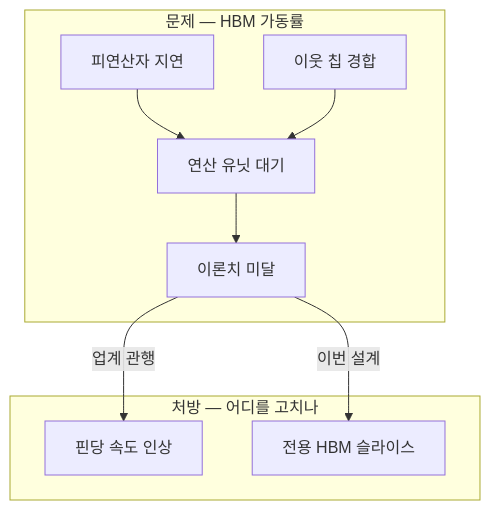
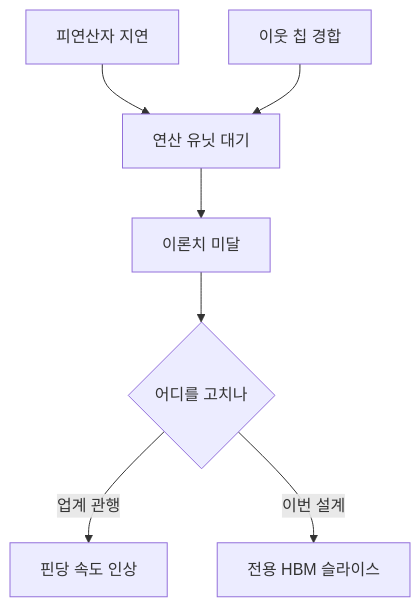
Before and after one commit to yohan4477/semi-report: the seventh of 7 diagrams in insights/frames/exp/2026-08-27-openai-jalapeno-strategy-opus.md, drawn with Mermaid. The commit also changed other lines of this file and 2 other files, not shown here.

````diff
--- a/insights/frames/exp/2026-08-27-openai-jalapeno-strategy-opus.md
+++ b/insights/frames/exp/2026-08-27-openai-jalapeno-strategy-opus.md
@@ -267,14 +263,9 @@
 ```mermaid
 flowchart TD
-    subgraph P["문제 — HBM 가동률"]
-        P1["피연산자 지연"] --> P3["연산 유닛 대기"]
-        P2["이웃 칩 경합"] --> P3
-        P3 --> P4["이론치 미달"]
-    end
-    subgraph S["처방 — 어디를 고치나"]
-        S1["핀당 속도 인상"]
-        S2["전용 HBM 슬라이스"]
-    end
-    P4 -->|업계 관행| S1
-    P4 -->|이번 설계| S2
+    P1["피연산자 지연"] --> P3["연산 유닛 대기"]
+    P2["이웃 칩 경합"] --> P3
+    P3 --> P4["이론치 미달"]
+    P4 --> R{"어디를 고치나"}
+    R -->|업계 관행| S1["핀당 속도 인상"]
+    R -->|이번 설계| S2["전용 HBM 슬라이스"]
 ```
````
